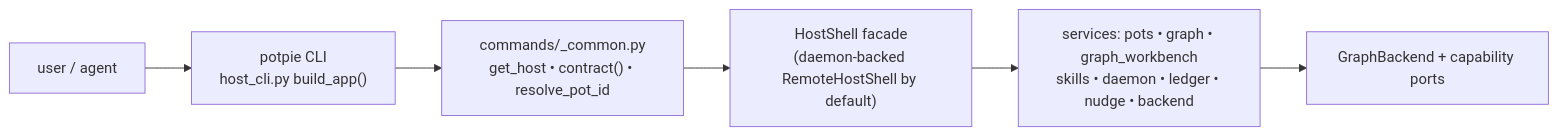
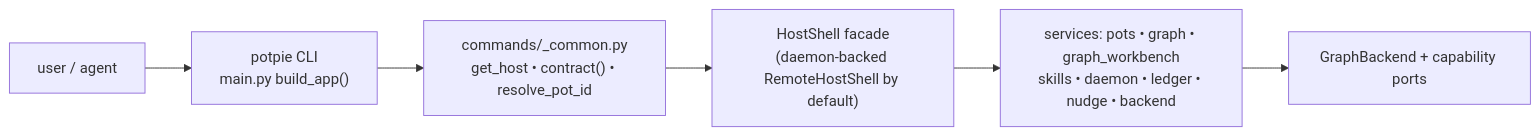
The first of 2 diagrams in docs/context-graph/cli-flow.md (potpie-ai/potpie), drawn with Mermaid before and after one commit. The commit also changed other lines of this file and 248 other files, not shown here.

````diff
--- a/docs/context-graph/cli-flow.md
+++ b/docs/context-graph/cli-flow.md
@@ -24,11 +24,11 @@
 ```mermaid
 flowchart LR
   cf_user["user / agent"]
-  cf_cli["potpie CLI<br/>host_cli.py build_app()"]
+  cf_cli["potpie CLI<br/>main.py build_app()"]
   cf_common["commands/_common.py<br/>get_host • contract() • resolve_pot_id"]
   cf_shell["HostShell facade<br/>(daemon-backed RemoteHostShell by default)"]
   cf_svc["services: pots • graph • graph_workbench<br/>skills • daemon • ledger • nudge • backend"]
   cf_ports["GraphBackend + capability ports"]
 
   cf_user --> cf_cli --> cf_common --> cf_shell --> cf_svc --> cf_ports
 ```
````
